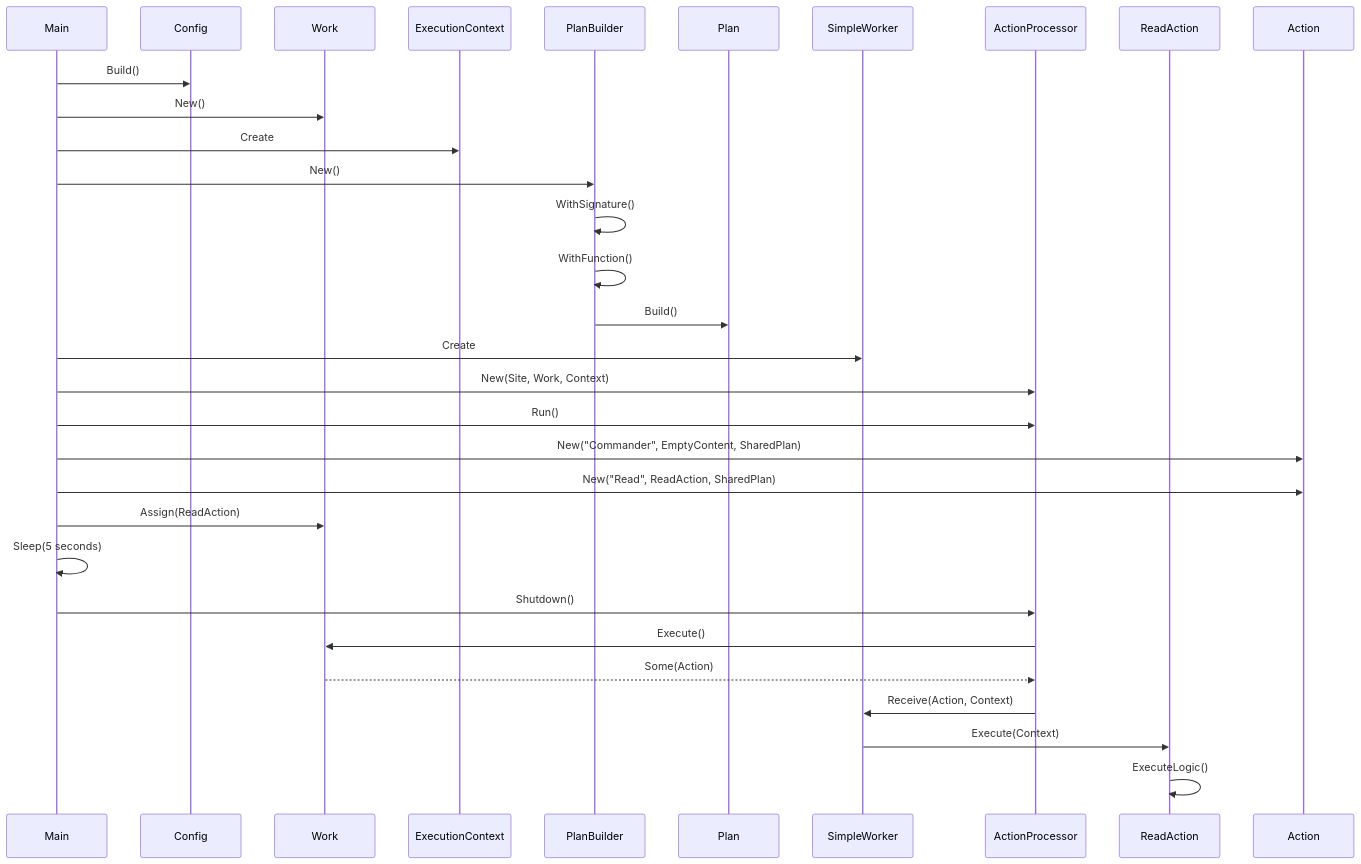
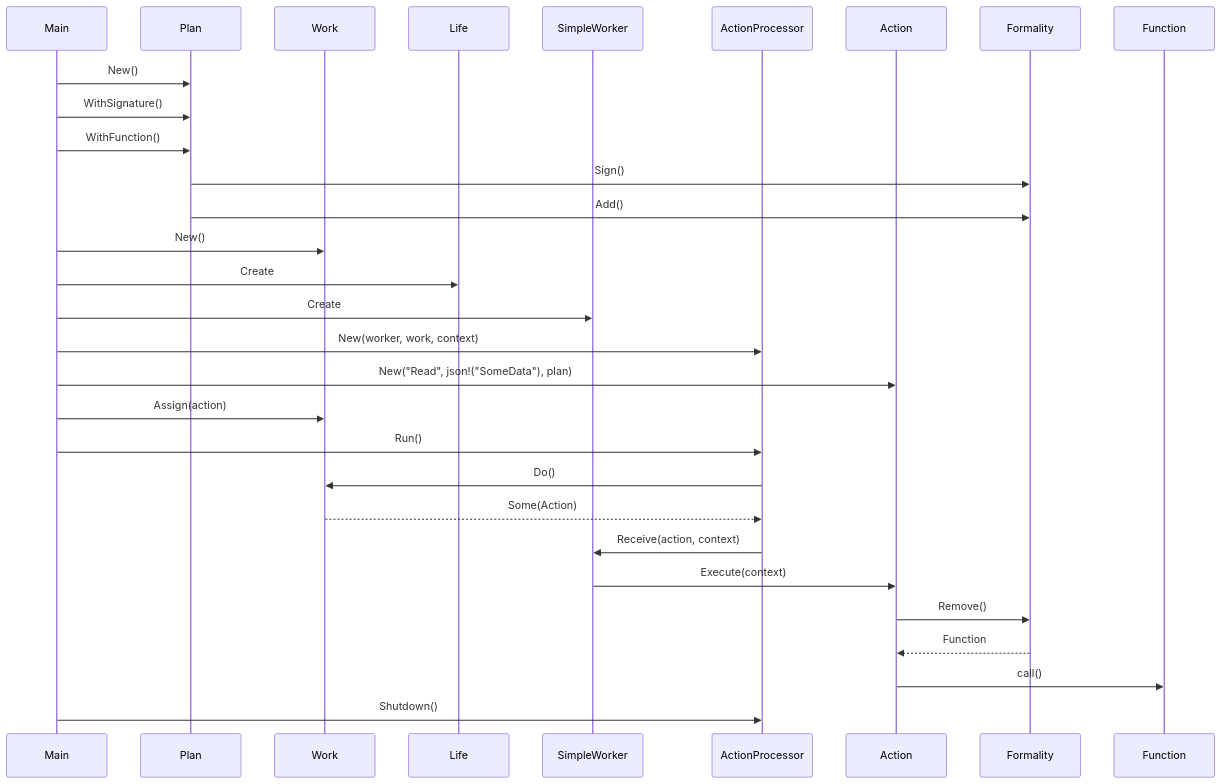
The second of 2 diagrams in README.md (CodeEditorLand/Echo), drawn with Mermaid before and after one commit. The commit also changed other lines of this file, not shown here.

````diff
--- a/README.md
+++ b/README.md
@@ -256,34 +247,31 @@
 ```mermaid
 sequenceDiagram
     participant Main
-    participant Config
+    participant Plan
     participant Work
-    participant ExecutionContext
-    participant PlanBuilder
-    participant Plan
+    participant Life
     participant SimpleWorker
     participant ActionProcessor
-    participant ReadAction
+    participant Action
 
-    Main->>Config: Build()
+    Main->>Plan: New()
+    Main->>Plan: WithSignature()
+    Main->>Plan: WithFunction()
+    Plan->>Formality: Sign()
+    Plan->>Formality: Add()
     Main->>Work: New()
-    Main->>ExecutionContext: Create
-    Main->>PlanBuilder: New()
-    PlanBuilder->>PlanBuilder: WithSignature()
-    PlanBuilder->>PlanBuilder: WithFunction()
-    PlanBuilder->>Plan: Build()
+    Main->>Life: Create
     Main->>SimpleWorker: Create
-    Main->>ActionProcessor: New(Site, Work, Context)
+    Main->>ActionProcessor: New(worker, work, context)
+    Main->>Action: New("Read", json!("SomeData"), plan)
+    Main->>Work: Assign(action)
     Main->>ActionProcessor: Run()
-    Main->>Action: New("Commander", EmptyContent, SharedPlan)
-    Main->>Action: New("Read", ReadAction, SharedPlan)
-    Main->>Work: Assign(ReadAction)
-    Main->>Main: Sleep(5 seconds)
+    ActionProcessor->>Work: Do()
+    Work-->>ActionProcessor: Some(Action)
+    ActionProcessor->>SimpleWorker: Receive(action, context)
+    SimpleWorker->>Action: Execute(context)
+    Action->>Formality: Remove()
+    Formality-->>Action: Function
+    Action->>Function: call()
     Main->>ActionProcessor: Shutdown()
-
-    ActionProcessor->>Work: Execute()
-    Work-->>ActionProcessor: Some(Action)
-    ActionProcessor->>SimpleWorker: Receive(Action, Context)
-    SimpleWorker->>ReadAction: Execute(Context)
-    ReadAction->>ReadAction: ExecuteLogic()
 ```
````
